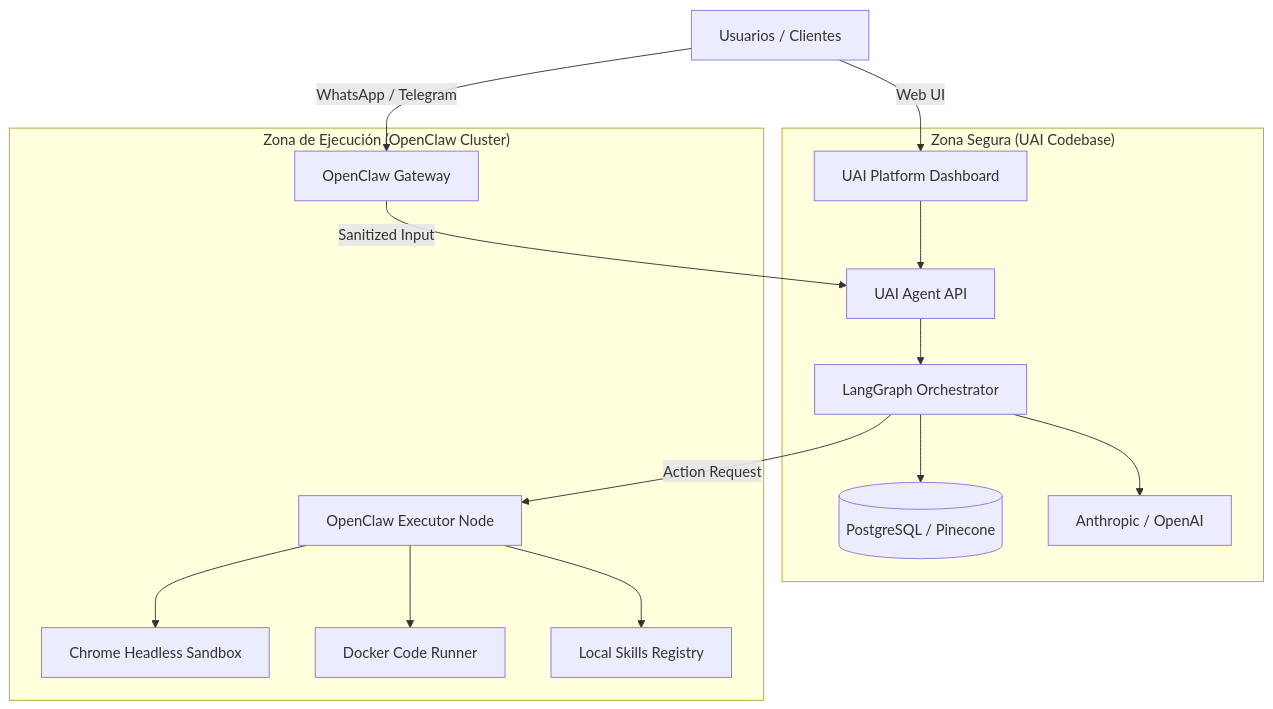
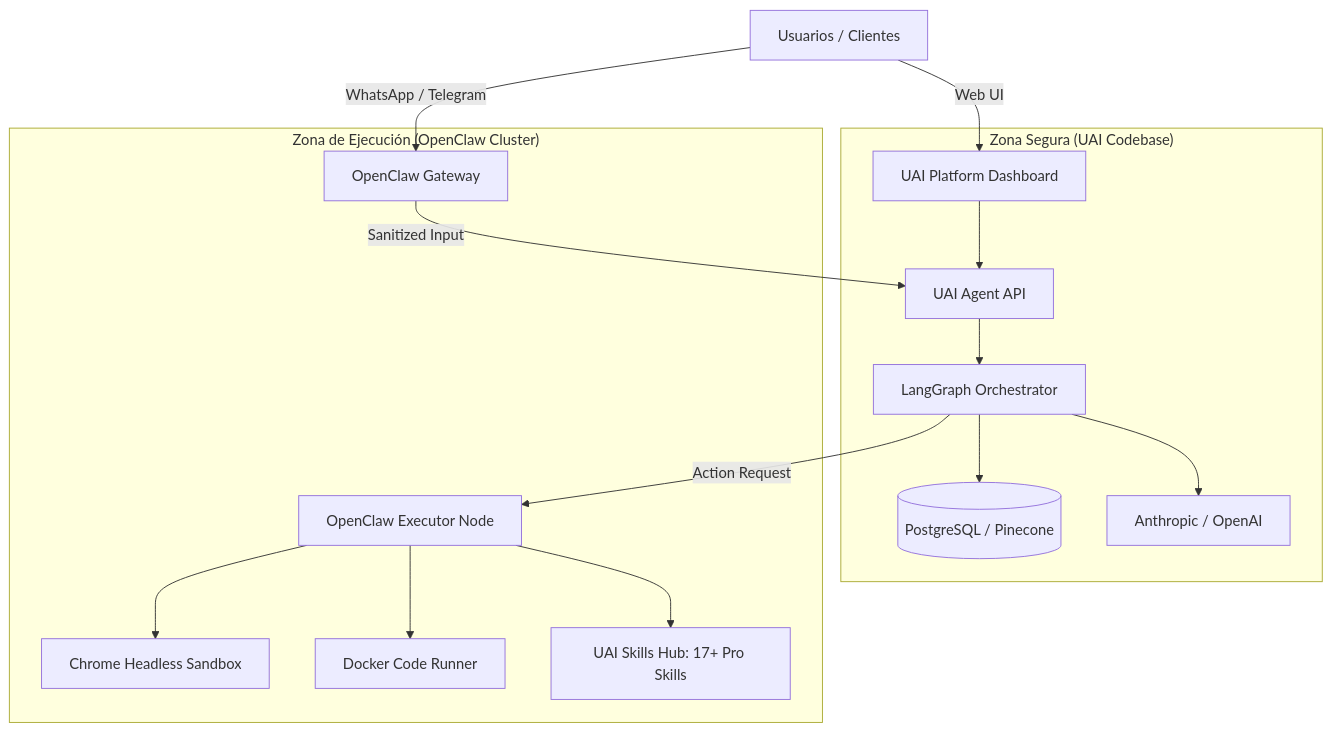
Before and after one commit to Jon-human-in-the-loop/UAI-platform: the diagram in docs/ARCHITECTURE_INTEGRATION.md, drawn with Mermaid. The commit also changed other lines of this file and 2 other files, not shown here.

Commit message:
docs: sync architecture and roadmap with Advanced Reasoning Protocol and 17+ Skills Hub

````diff
--- a/docs/ARCHITECTURE_INTEGRATION.md
+++ b/docs/ARCHITECTURE_INTEGRATION.md
@@ -13,21 +13,21 @@
 ```mermaid
 graph TD
     User[Usuarios / Clientes] -->|WhatsApp / Telegram| OC_Gateway[OpenClaw Gateway]
     User -->|Web UI| UAI_Frontend[UAI Platform Dashboard]
     
     subgraph "Zona Segura (UAI Codebase)"
         UAI_Frontend --> UAI_API[UAI Agent API]
         UAI_API --> UAI_Orchestrator[LangGraph Orchestrator]
         UAI_Orchestrator --> UAI_Memory[(PostgreSQL / Pinecone)]
         UAI_Orchestrator --> LLM_Providers[Anthropic / OpenAI]
     end
     
     subgraph "Zona de Ejecución (OpenClaw Cluster)"
         OC_Gateway -->|Sanitized Input| UAI_API
         UAI_Orchestrator -->|Action Request| OC_Executor[OpenClaw Executor Node]
         
         OC_Executor --> OC_Browser[Chrome Headless Sandbox]
         OC_Executor --> OC_Code[Docker Code Runner]
-        OC_Executor --> OC_Skills[Local Skills Registry]
+        OC_Executor --> OC_Skills[UAI Skills Hub: 17+ Pro Skills]
     end
 ```
````
